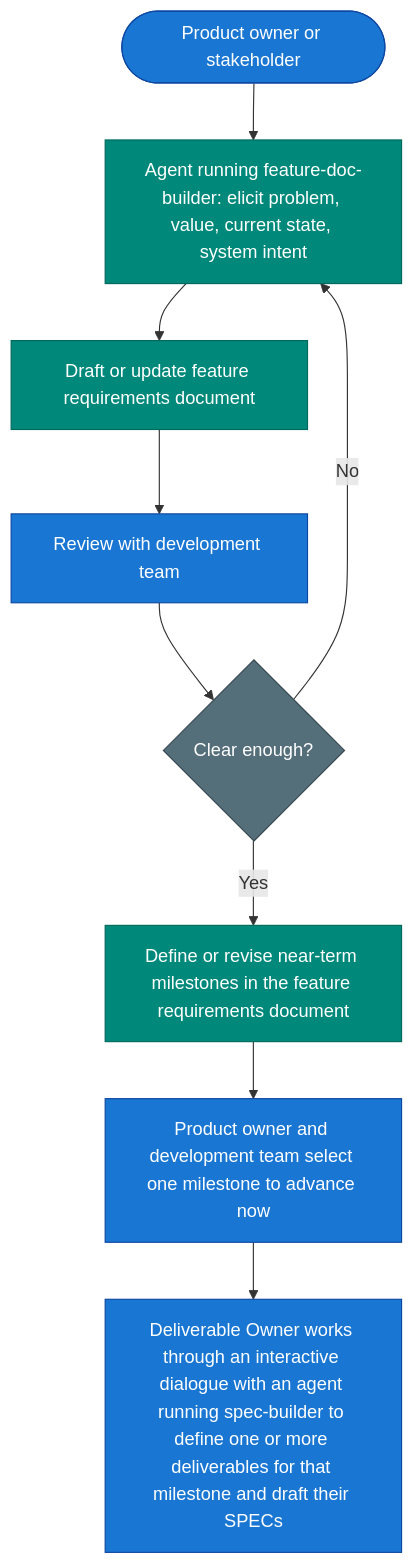
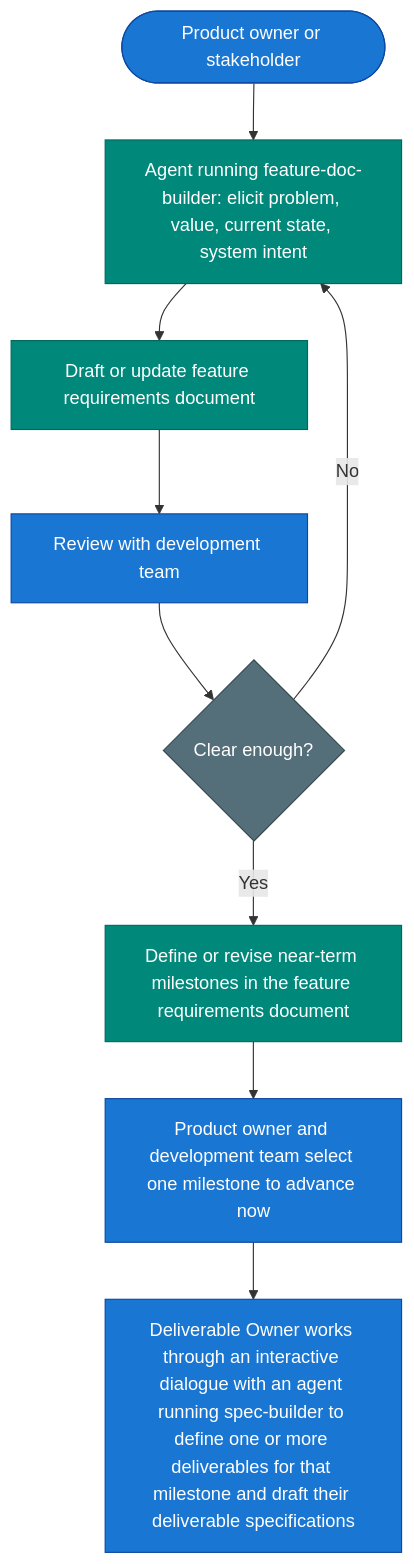
The second of 3 diagrams in zazz-methodology.md (zazzcode/zazz-skills), drawn with Mermaid before and after one commit. The commit also changed other lines of this file and 27 other files, not shown here.

````diff
--- a/zazz-methodology.md
+++ b/zazz-methodology.md
@@ -578,19 +597,19 @@
 ```mermaid
 flowchart TD
     A([Product owner or stakeholder]) --> B[Agent running feature-doc-builder: elicit problem, value, current state, system intent]
     B --> C[Draft or update feature requirements document]
     C --> D[Review with development team]
     D --> E{Clear enough?}
     E -->|No| B
     E -->|Yes| F[Define or revise near-term milestones in the feature requirements document]
     F --> G[Product owner and development team select one milestone to advance now]
-    G --> H[Deliverable Owner works through an interactive dialogue with an agent running spec-builder to define one or more deliverables for that milestone and draft their SPECs]
+    G --> H[Deliverable Owner works through an interactive dialogue with an agent running spec-builder to define one or more deliverables for that milestone and draft their deliverable specifications]
 
     classDef human fill:#1976d2,stroke:#0d47a1,color:#fff
     classDef agent fill:#00897b,stroke:#00695c,color:#fff
     classDef decision fill:#546e7a,stroke:#37474f,color:#fff
     class A,D human
     class B,C,F agent
     class G,H human
     class E decision
 ```
````
